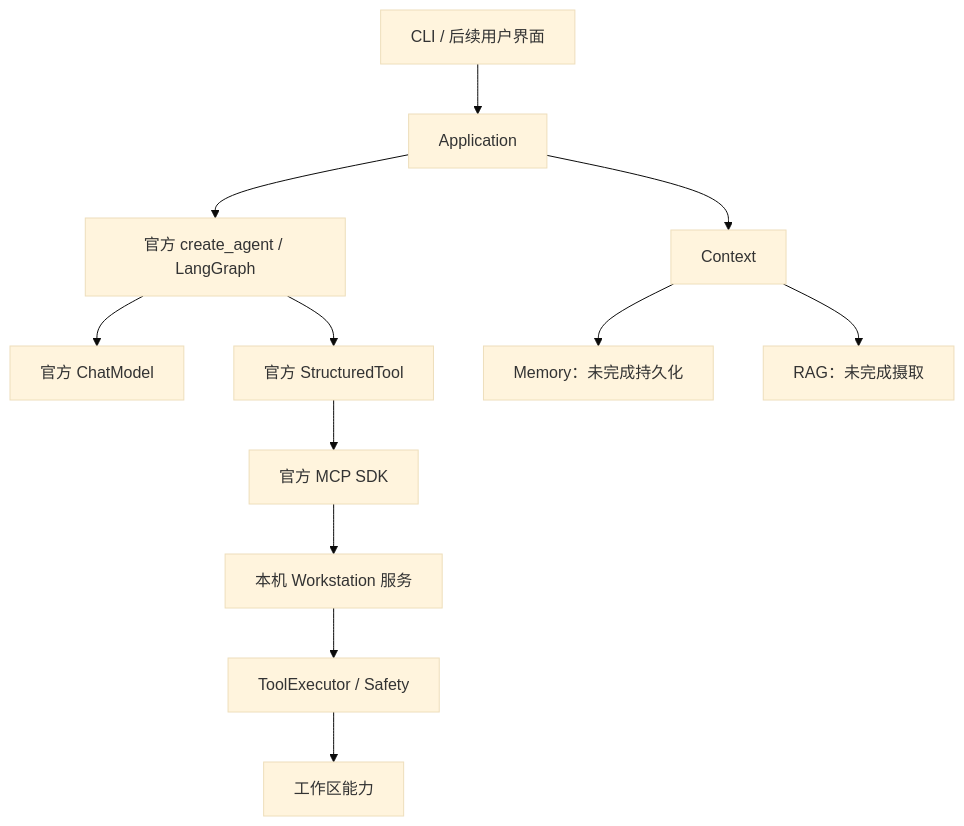
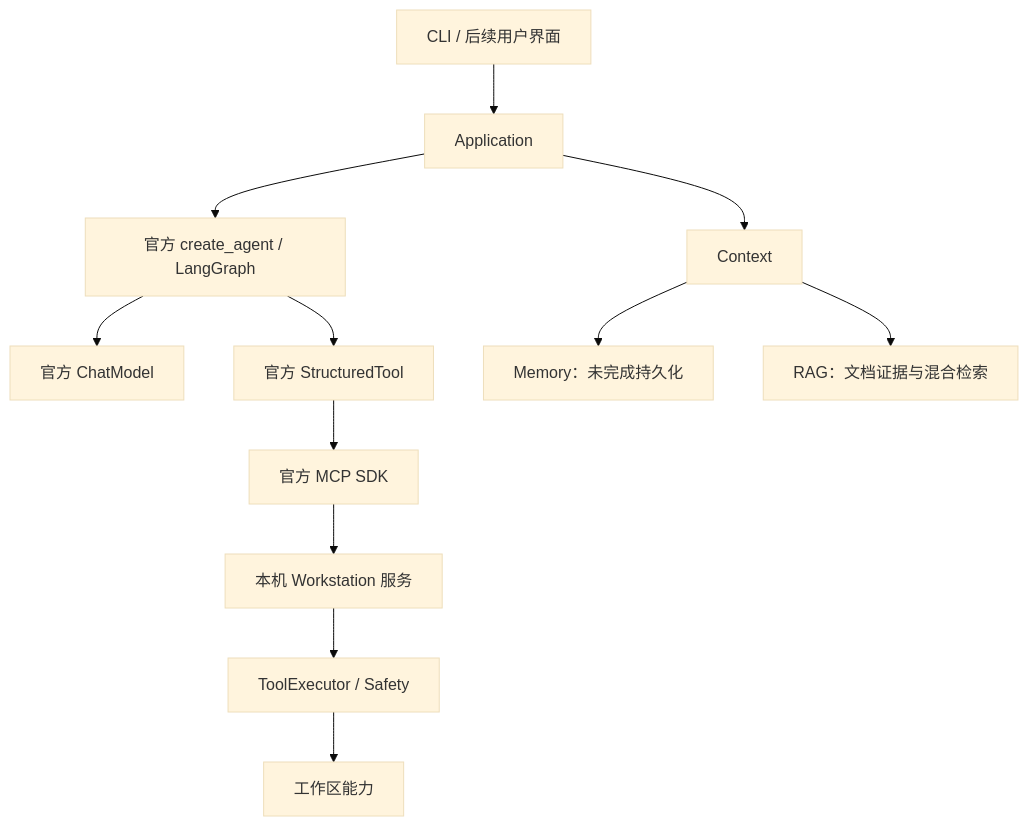
Before and after one commit to max-xy-p/workstation-agent: the diagram in docs/architecture.md, drawn with Mermaid (base theme). The commit also changed other lines of this file and 46 other files, not shown here.

````diff
--- a/docs/architecture.md
+++ b/docs/architecture.md
@@ -16,14 +16,14 @@
 ```mermaid
 flowchart TD
     UI[CLI / 后续用户界面] --> APP[Application]
     APP --> CTX[Context]
     APP --> GRAPH[官方 create_agent / LangGraph]
     GRAPH --> MODEL[官方 ChatModel]
     GRAPH --> TOOL[官方 StructuredTool]
     TOOL --> MCP[官方 MCP SDK]
     MCP --> WS[本机 Workstation 服务]
     WS --> EXEC[ToolExecutor / Safety]
     EXEC --> FILE[工作区能力]
     CTX --> MEM[Memory：未完成持久化]
-    CTX --> RAG[RAG：未完成摄取]
+    CTX --> RAG[RAG：文档证据与混合检索]
 ```
````
